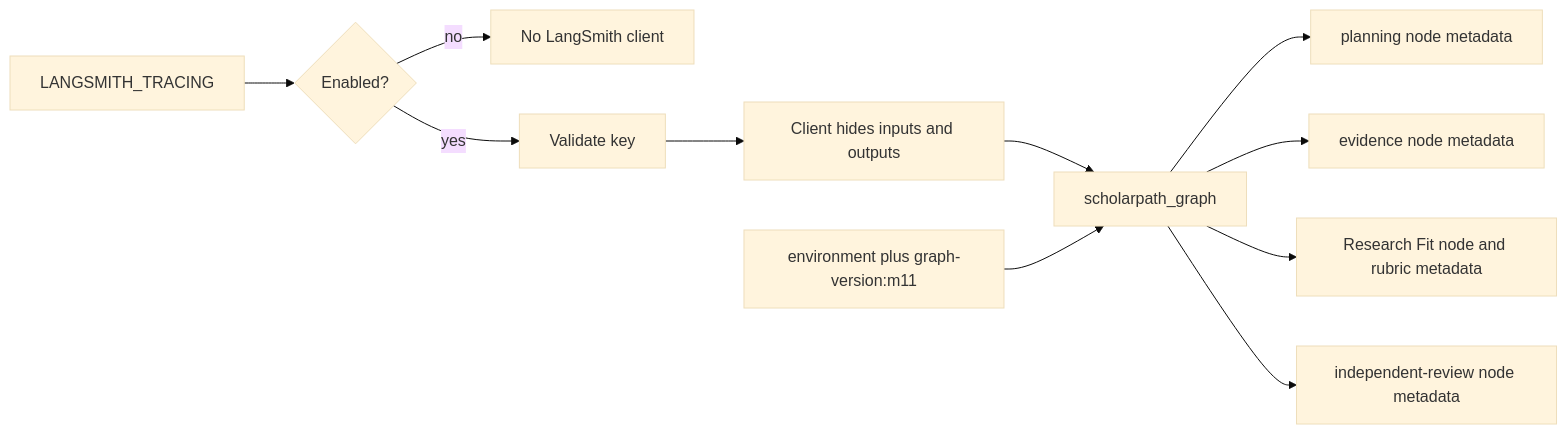
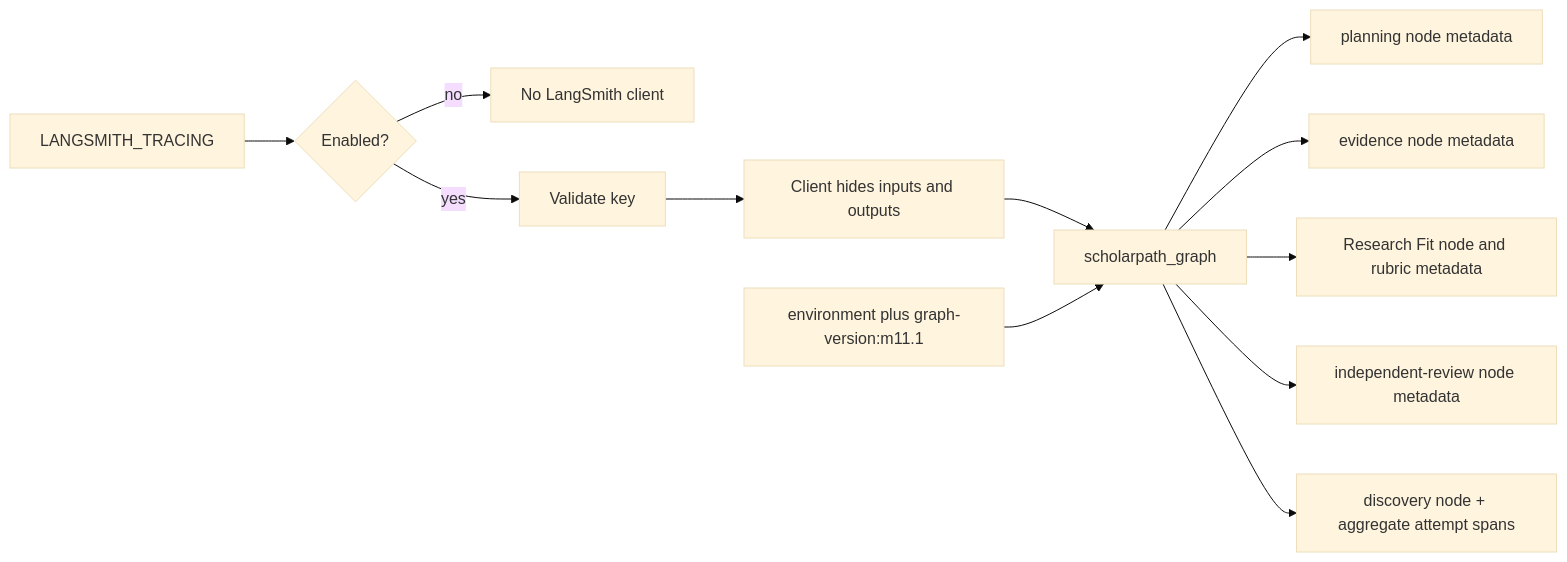
Diagram 19 of 21 in projects/scholar-path/docs/architecture.md (shanly-rajan/ai-builder), drawn with Mermaid (base theme) before and after one commit. The commit also changed other lines of this file and 33 other files, not shown here.

````diff
--- a/projects/scholar-path/docs/architecture.md
+++ b/projects/scholar-path/docs/architecture.md
@@ -681,13 +721,14 @@
 ```mermaid
 flowchart LR
     Env[LANGSMITH_TRACING] --> Enabled{Enabled?}
     Enabled -->|no| Off[No LangSmith client]
     Enabled -->|yes| Key[Validate key]
     Key --> Client[Client hides inputs and outputs]
     Client --> Root[scholarpath_graph]
     Root --> PlanTrace[planning node metadata]
     Root --> EvidenceTrace[evidence node metadata]
     Root --> FitTrace[Research Fit node and rubric metadata]
     Root --> ReviewTrace[independent-review node metadata]
-    Tags[environment plus graph-version:m11] --> Root
+    Root --> Discovery[discovery node + aggregate attempt spans]
+    Tags[environment plus graph-version:m11.1] --> Root
 ```
````
